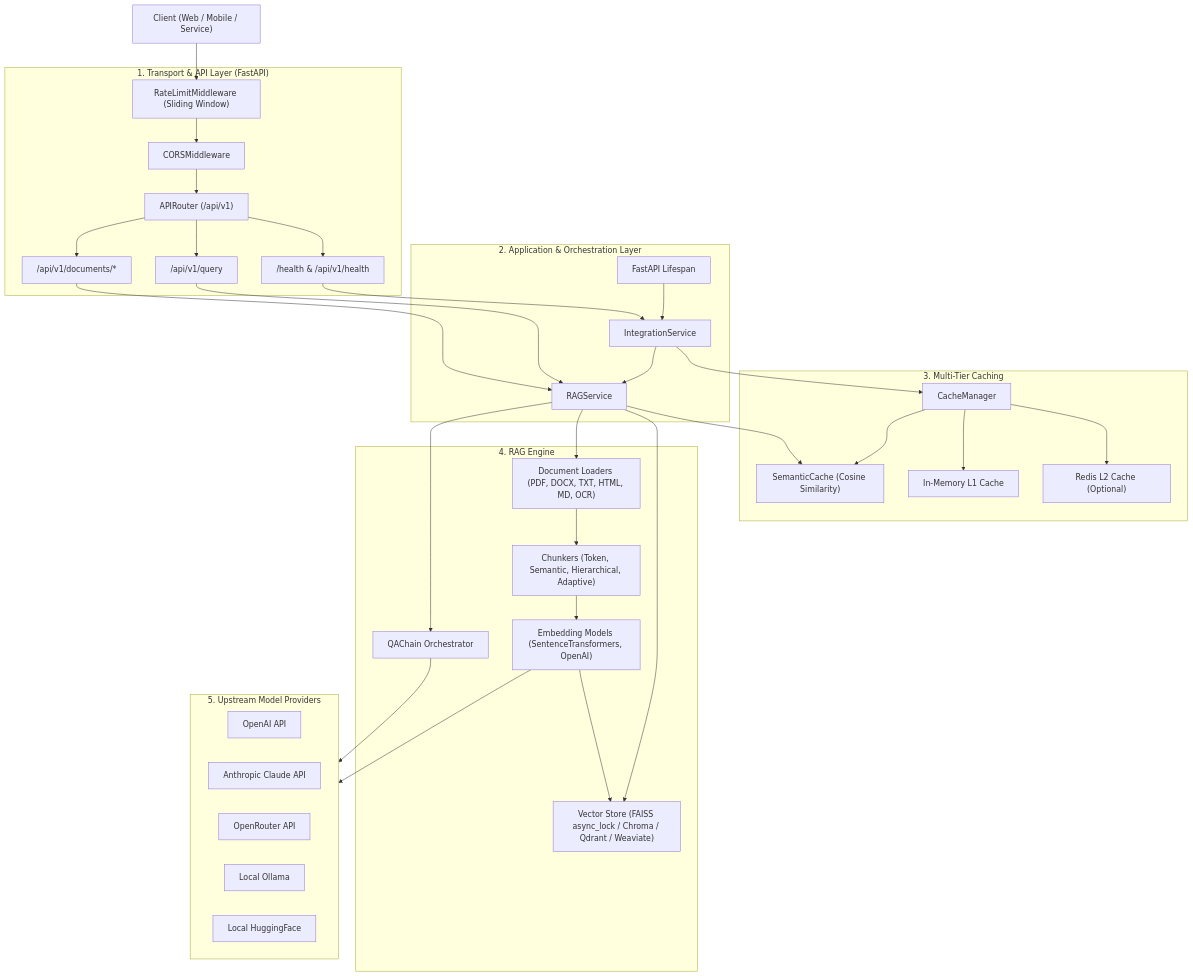
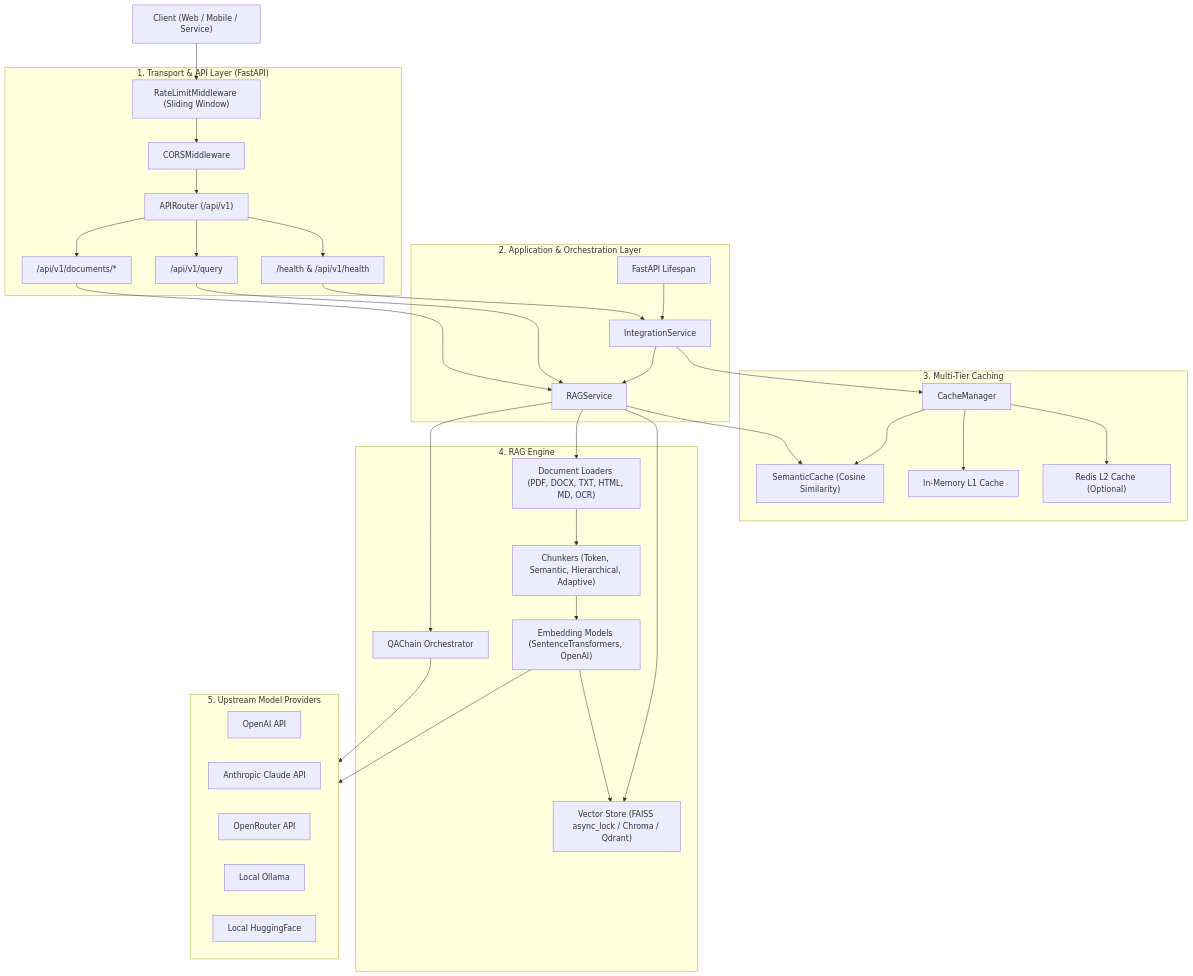
One commit to dibbed/tenant-rag changed the diagram in docs/ARCHITECTURE.md. Above: the diagram before and after it, drawn with Mermaid. The commit also changed other lines of this file and 44 other files, not shown here.

````diff
--- a/docs/ARCHITECTURE.md
+++ b/docs/ARCHITECTURE.md
@@ -9,66 +9,66 @@
 ```mermaid
 flowchart TD
     Client["Client (Web / Mobile / Service)"]
 
     subgraph APILayer ["1. Transport & API Layer (FastAPI)"]
         RL["RateLimitMiddleware (Sliding Window)"]
         CORS["CORSMiddleware"]
         Router["APIRouter (/api/v1)"]
         HealthRoute["/health & /api/v1/health"]
         QueryRoute["/api/v1/query"]
         DocRoute["/api/v1/documents/*"]
     end
 
     subgraph ServiceLayer ["2. Application & Orchestration Layer"]
         Lifespan["FastAPI Lifespan"]
         IntService["IntegrationService"]
         RAGService["RAGService"]
     end
 
     subgraph CacheLayer ["3. Multi-Tier Caching"]
         CacheMgr["CacheManager"]
         SemCache["SemanticCache (Cosine Similarity)"]
         MemCache["In-Memory L1 Cache"]
         RedisCache["Redis L2 Cache (Optional)"]
     end
 
     subgraph RAGCore ["4. RAG Engine"]
         Loaders["Document Loaders (PDF, DOCX, TXT, HTML, MD, OCR)"]
         Chunkers["Chunkers (Token, Semantic, Hierarchical, Adaptive)"]
         Embedder["Embedding Models (SentenceTransformers, OpenAI)"]
-        VectorStore["Vector Store (FAISS async_lock / Chroma / Qdrant / Weaviate)"]
+        VectorStore["Vector Store (FAISS async_lock / Chroma / Qdrant)"]
         QAChain["QAChain Orchestrator"]
     end
 
     subgraph ModelProviders ["5. Upstream Model Providers"]
         OpenAI["OpenAI API"]
         Anthropic["Anthropic Claude API"]
         OpenRouter["OpenRouter API"]
         Ollama["Local Ollama"]
         HFLocal["Local HuggingFace"]
     end
 
     Client --> RL --> CORS --> Router
     Router --> HealthRoute
     Router --> QueryRoute
     Router --> DocRoute
 
     HealthRoute --> IntService
     DocRoute --> RAGService
     QueryRoute --> RAGService
 
     Lifespan --> IntService
     IntService --> RAGService
     IntService --> CacheMgr
 
     RAGService --> Loaders --> Chunkers --> Embedder --> VectorStore
     RAGService --> SemCache
     RAGService --> VectorStore
     RAGService --> QAChain
 
     QAChain --> ModelProviders
     Embedder --> ModelProviders
     CacheMgr --> SemCache
     CacheMgr --> MemCache
     CacheMgr --> RedisCache
 ```
````
